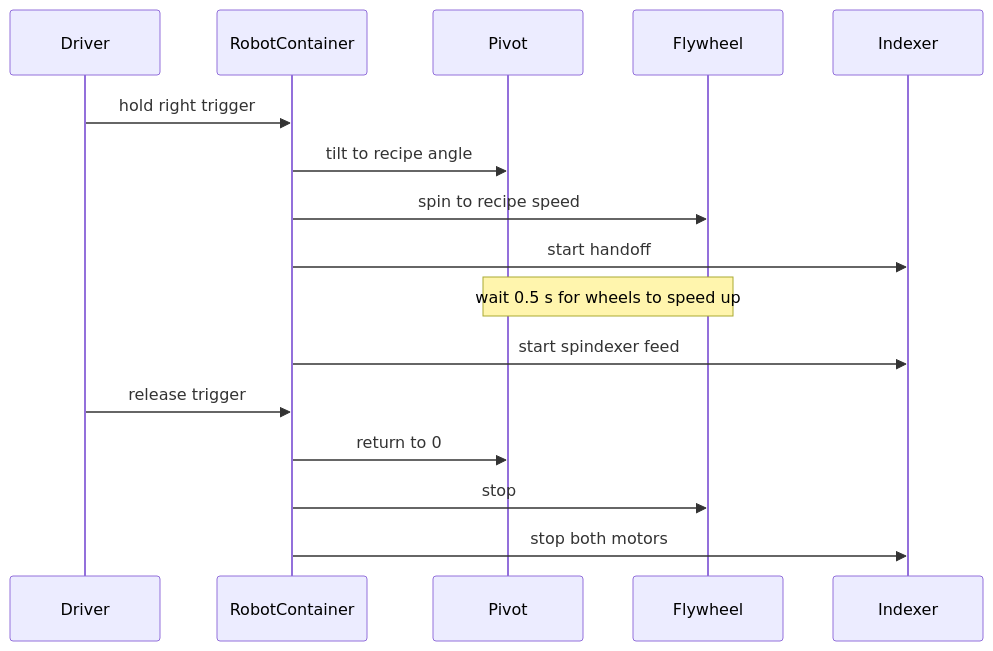
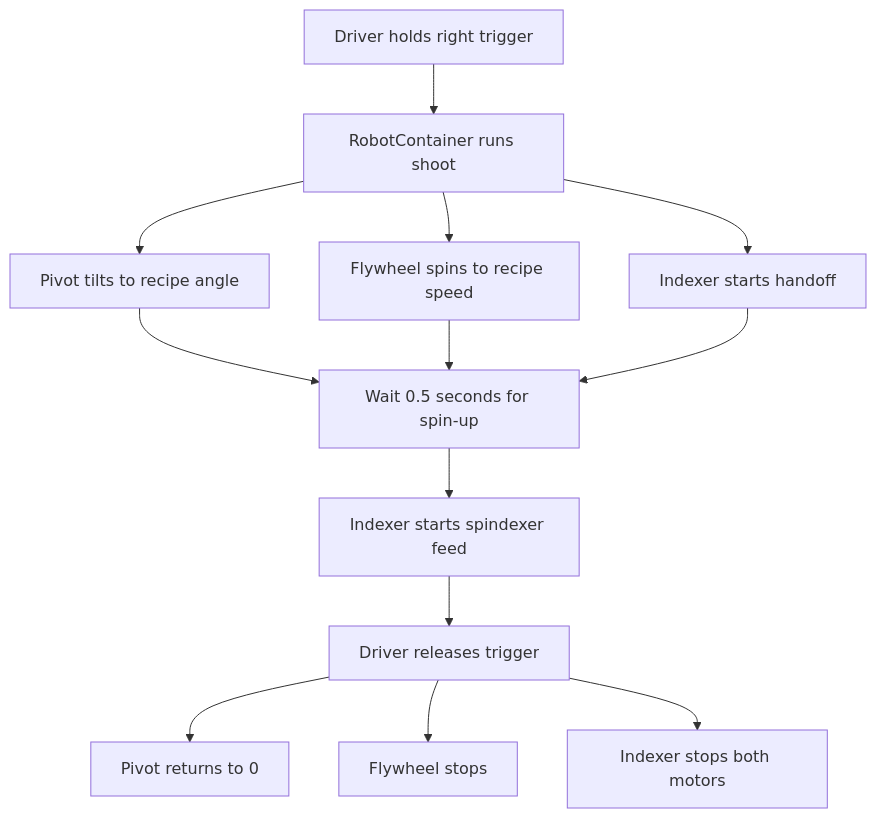
One commit to bemnet4u/frc2026 changed the third of 4 diagrams in README.md. Above: the diagram before and after it, drawn with Mermaid. The commit also changed other lines of this file, not shown here.

Commit message:
Simplify README Mermaid diagrams so they render in preview.

````diff
--- a/README.md
+++ b/README.md
@@ -253,19 +233,15 @@
 ```mermaid
-sequenceDiagram
-    participant Driver
-    participant Code as RobotContainer
-    participant Pivot
-    participant Flywheel
-    participant Indexer
-
-    Driver->>Code: hold right trigger
-    Code->>Pivot: tilt to recipe angle
-    Code->>Flywheel: spin to recipe speed
-    Code->>Indexer: start handoff
-    Note over Pivot,Flywheel: wait 0.5 s for wheels to speed up
-    Code->>Indexer: start spindexer feed
-    Driver->>Code: release trigger
-    Code->>Pivot: return to 0
-    Code->>Flywheel: stop
-    Code->>Indexer: stop both motors
+flowchart TD
+    A[Driver holds right trigger] --> B[RobotContainer runs shoot]
+    B --> C[Pivot tilts to recipe angle]
+    B --> D[Flywheel spins to recipe speed]
+    B --> E[Indexer starts handoff]
+    C --> F[Wait 0.5 seconds for spin-up]
+    D --> F
+    E --> F
+    F --> G[Indexer starts spindexer feed]
+    G --> H[Driver releases trigger]
+    H --> I[Pivot returns to 0]
+    H --> J[Flywheel stops]
+    H --> K[Indexer stops both motors]
 ```
````
